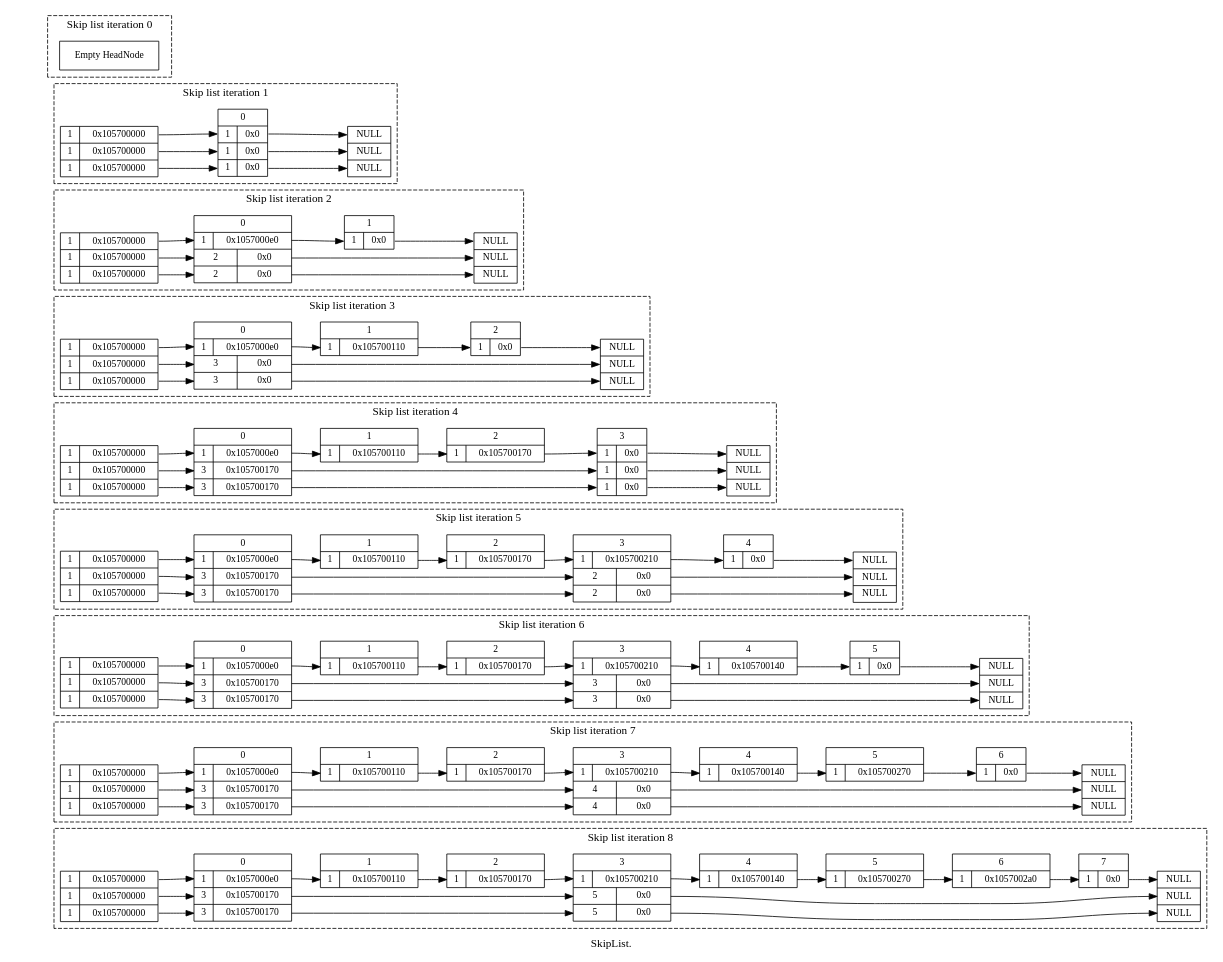
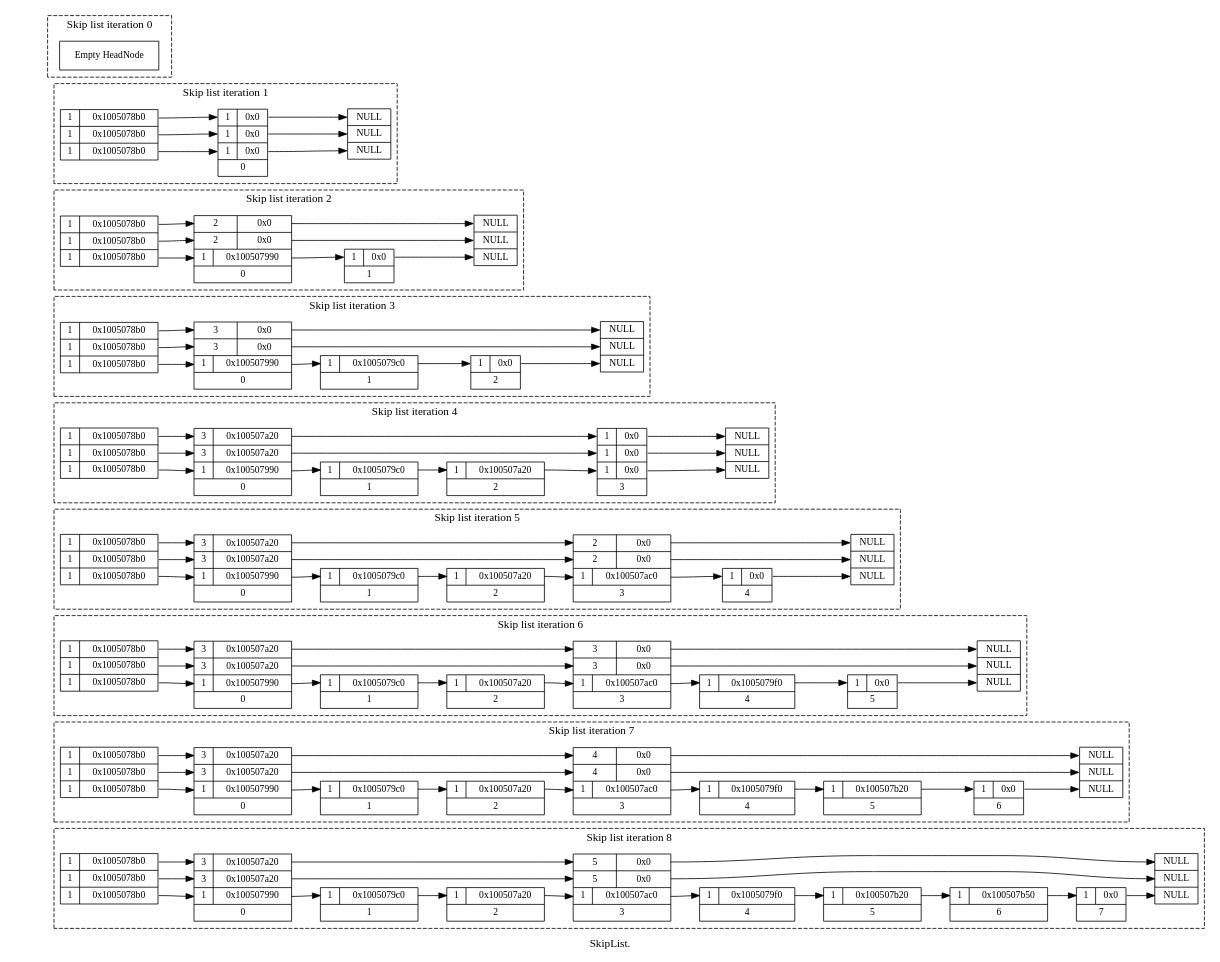
Before and after one commit to paulross/skiplist: the diagram in doc/skiplist_visualisation/dot/doc_insert_25_percent.dot, drawn with Graphviz. The commit also changed 27 other files, not shown here.

```diff
--- a/doc/skiplist_visualisation/dot/doc_insert_25_percent.dot
+++ b/doc/skiplist_visualisation/dot/doc_insert_25_percent.dot
@@ -8,320 +8,347 @@
 subgraph cluster0 {
 style=dashed
 label="Skip list iteration 0"
+
 "HeadNode0" [
 label = "Empty HeadNode"
 shape = "record"
 ];
+
+
 }
 
 subgraph cluster1 {
 style=dashed
 label="Skip list iteration 1"
+
 "HeadNode1" [
-label = "{ 1 | <f0> 0x105700000} | { 1 | <f1> 0x105700000} | { 1 | <f2> 0x105700000}"
+label = "{ 1 | <f3> 0x1005078b0} | { 1 | <f2> 0x1005078b0} | { 1 | <f1> 0x1005078b0}"
 shape = "record"
 ];
-"node10x0" [label = "<w1> NULL | <w2> NULL | <w3> NULL" shape = "record"];
-"HeadNode1":f0 -> "node10x105700000":w1 [];
-"HeadNode1":f1 -> "node10x105700000":w2 [];
-"HeadNode1":f2 -> "node10x105700000":w3 [];
-"node10x105700000" [
-label = "<f0> 0 | { <w1> 1 | <f1> 0x0 } | { <w2> 1 | <f2> 0x0 } | { <w3> 1 | <f3> 0x0 }"
+"HeadNode1":f1 -> "node10x1005078b0":w1 [];
+"HeadNode1":f2 -> "node10x1005078b0":w2 [];
+"HeadNode1":f3 -> "node10x1005078b0":w3 [];
+
+"node10x1005078b0" [
+label = " { <w3> 1 | <f3> 0x0 } | { <w2> 1 | <f2> 0x0 } | { <w1> 1 | <f1> 0x0 } | <f0> 0"
 shape = "record"
 ];
-"node10x105700000":f1 -> "node10x0":w1 [];
-"node10x105700000":f2 -> "node10x0":w2 [];
-"node10x105700000":f3 -> "node10x0":w3 [];
+"node10x1005078b0":f1 -> "node10x0":w1 [];
+"node10x1005078b0":f2 -> "node10x0":w2 [];
+"node10x1005078b0":f3 -> "node10x0":w3 [];
+
+"node10x0" [label = "<w3> NULL | <w2> NULL | <w1> NULL" shape = "record"];
 }
 
 subgraph cluster2 {
 style=dashed
 label="Skip list iteration 2"
+
 "HeadNode2" [
-label = "{ 1 | <f0> 0x105700000} | { 1 | <f1> 0x105700000} | { 1 | <f2> 0x105700000}"
+label = "{ 1 | <f3> 0x1005078b0} | { 1 | <f2> 0x1005078b0} | { 1 | <f1> 0x1005078b0}"
 shape = "record"
 ];
-"node20x0" [label = "<w1> NULL | <w2> NULL | <w3> NULL" shape = "record"];
-"HeadNode2":f0 -> "node20x105700000":w1 [];
-"HeadNode2":f1 -> "node20x105700000":w2 [];
-"HeadNode2":f2 -> "node20x105700000":w3 [];
-"node20x105700000" [
-label = "<f0> 0 | { <w1> 1 | <f1> 0x1057000e0 } | { <w2> 2 | <f2> 0x0 } | { <w3> 2 | <f3> 0x0 }"
+"HeadNode2":f1 -> "node20x1005078b0":w1 [];
+"HeadNode2":f2 -> "node20x1005078b0":w2 [];
+"HeadNode2":f3 -> "node20x1005078b0":w3 [];
+
+"node20x1005078b0" [
+label = " { <w3> 2 | <f3> 0x0 } | { <w2> 2 | <f2> 0x0 } | { <w1> 1 | <f1> 0x100507990 } | <f0> 0"
 shape = "record"
 ];
-"node20x105700000":f1 -> "node20x1057000e0":w1 [];
-"node20x105700000":f2 -> "node20x0":w2 [];
-"node20x105700000":f3 -> "node20x0":w3 [];
-"node20x1057000e0" [
-label = "<f0> 1 | { <w1> 1 | <f1> 0x0 }"
+"node20x1005078b0":f1 -> "node20x100507990":w1 [];
+"node20x1005078b0":f2 -> "node20x0":w2 [];
+"node20x1005078b0":f3 -> "node20x0":w3 [];
+"node20x100507990" [
+label = " { <w1> 1 | <f1> 0x0 } | <f0> 1"
 shape = "record"
 ];
-"node20x1057000e0":f1 -> "node20x0":w1 [];
+"node20x100507990":f1 -> "node20x0":w1 [];
+
+"node20x0" [label = "<w3> NULL | <w2> NULL | <w1> NULL" shape = "record"];
 }
 
 subgraph cluster3 {
 style=dashed
 label="Skip list iteration 3"
+
 "HeadNode3" [
-label = "{ 1 | <f0> 0x105700000} | { 1 | <f1> 0x105700000} | { 1 | <f2> 0x105700000}"
+label = "{ 1 | <f3> 0x1005078b0} | { 1 | <f2> 0x1005078b0} | { 1 | <f1> 0x1005078b0}"
 shape = "record"
 ];
-"node30x0" [label = "<w1> NULL | <w2> NULL | <w3> NULL" shape = "record"];
-"HeadNode3":f0 -> "node30x105700000":w1 [];
-"HeadNode3":f1 -> "node30x105700000":w2 [];
-"HeadNode3":f2 -> "node30x105700000":w3 [];
-"node30x105700000" [
-label = "<f0> 0 | { <w1> 1 | <f1> 0x1057000e0 } | { <w2> 3 | <f2> 0x0 } | { <w3> 3 | <f3> 0x0 }"
+"HeadNode3":f1 -> "node30x1005078b0":w1 [];
+"HeadNode3":f2 -> "node30x1005078b0":w2 [];
+"HeadNode3":f3 -> "node30x1005078b0":w3 [];
+
+"node30x1005078b0" [
+label = " { <w3> 3 | <f3> 0x0 } | { <w2> 3 | <f2> 0x0 } | { <w1> 1 | <f1> 0x100507990 } | <f0> 0"
 shape = "record"
 ];
-"node30x105700000":f1 -> "node30x1057000e0":w1 [];
-"node30x105700000":f2 -> "node30x0":w2 [];
-"node30x105700000":f3 -> "node30x0":w3 [];
-"node30x1057000e0" [
-label = "<f0> 1 | { <w1> 1 | <f1> 0x105700110 }"
+"node30x1005078b0":f1 -> "node30x100507990":w1 [];
+"node30x1005078b0":f2 -> "node30x0":w2 [];
+"node30x1005078b0":f3 -> "node30x0":w3 [];
+"node30x100507990" [
+label = " { <w1> 1 | <f1> 0x1005079c0 } | <f0> 1"
 shape = "record"
 ];
-"node30x1057000e0":f1 -> "node30x105700110":w1 [];
-"node30x105700110" [
-label = "<f0> 2 | { <w1> 1 | <f1> 0x0 }"
+"node30x100507990":f1 -> "node30x1005079c0":w1 [];
+"node30x1005079c0" [
+label = " { <w1> 1 | <f1> 0x0 } | <f0> 2"
 shape = "record"
 ];
-"node30x105700110":f1 -> "node30x0":w1 [];
+"node30x1005079c0":f1 -> "node30x0":w1 [];
+
+"node30x0" [label = "<w3> NULL | <w2> NULL | <w1> NULL" shape = "record"];
 }
 
 subgraph cluster4 {
 style=dashed
 label="Skip list iteration 4"
+
 "HeadNode4" [
-label = "{ 1 | <f0> 0x105700000} | { 1 | <f1> 0x105700000} | { 1 | <f2> 0x105700000}"
+label = "{ 1 | <f3> 0x1005078b0} | { 1 | <f2> 0x1005078b0} | { 1 | <f1> 0x1005078b0}"
 shape = "record"
 ];
-"node40x0" [label = "<w1> NULL | <w2> NULL | <w3> NULL" shape = "record"];
-"HeadNode4":f0 -> "node40x105700000":w1 [];
-"HeadNode4":f1 -> "node40x105700000":w2 [];
-"HeadNode4":f2 -> "node40x105700000":w3 [];
-"node40x105700000" [
-label = "<f0> 0 | { <w1> 1 | <f1> 0x1057000e0 } | { <w2> 3 | <f2> 0x105700170 } | { <w3> 3 | <f3> 0x105700170 }"
+"HeadNode4":f1 -> "node40x1005078b0":w1 [];
+"HeadNode4":f2 -> "node40x1005078b0":w2 [];
+"HeadNode4":f3 -> "node40x1005078b0":w3 [];
+
+"node40x1005078b0" [
+label = " { <w3> 3 | <f3> 0x100507a20 } | { <w2> 3 | <f2> 0x100507a20 } | { <w1> 1 | <f1> 0x100507990 } | <f0> 0"
 shape = "record"
 ];
-"node40x105700000":f1 -> "node40x1057000e0":w1 [];
-"node40x105700000":f2 -> "node40x105700170":w2 [];
-"node40x105700000":f3 -> "node40x105700170":w3 [];
-"node40x1057000e0" [
-label = "<f0> 1 | { <w1> 1 | <f1> 0x105700110 }"
+"node40x1005078b0":f1 -> "node40x100507990":w1 [];
+"node40x1005078b0":f2 -> "node40x100507a20":w2 [];
+"node40x1005078b0":f3 -> "node40x100507a20":w3 [];
+"node40x100507990" [
+label = " { <w1> 1 | <f1> 0x1005079c0 } | <f0> 1"
 shape = "record"
 ];
-"node40x1057000e0":f1 -> "node40x105700110":w1 [];
-"node40x105700110" [
-label = "<f0> 2 | { <w1> 1 | <f1> 0x105700170 }"
+"node40x100507990":f1 -> "node40x1005079c0":w1 [];
+"node40x1005079c0" [
+label = " { <w1> 1 | <f1> 0x100507a20 } | <f0> 2"
 shape = "record"
 ];
-"node40x105700110":f1 -> "node40x105700170":w1 [];
-"node40x105700170" [
-label = "<f0> 3 | { <w1> 1 | <f1> 0x0 } | { <w2> 1 | <f2> 0x0 } | { <w3> 1 | <f3> 0x0 }"
+"node40x1005079c0":f1 -> "node40x100507a20":w1 [];
+"node40x100507a20" [
+label = " { <w3> 1 | <f3> 0x0 } | { <w2> 1 | <f2> 0x0 } | { <w1> 1 | <f1> 0x0 } | <f0> 3"
 shape = "record"
 ];
-"node40x105700170":f1 -> "node40x0":w1 [];
-"node40x105700170":f2 -> "node40x0":w2 [];
-"node40x105700170":f3 -> "node40x0":w3 [];
+"node40x100507a20":f1 -> "node40x0":w1 [];
+"node40x100507a20":f2 -> "node40x0":w2 [];
+"node40x100507a20":f3 -> "node40x0":w3 [];
+
+"node40x0" [label = "<w3> NULL | <w2> NULL | <w1> NULL" shape = "record"];
 }
 
 subgraph cluster5 {
 style=dashed
 label="Skip list iteration 5"
+
 "HeadNode5" [
-label = "{ 1 | <f0> 0x105700000} | { 1 | <f1> 0x105700000} | { 1 | <f2> 0x105700000}"
+label = "{ 1 | <f3> 0x1005078b0} | { 1 | <f2> 0x1005078b0} | { 1 | <f1> 0x1005078b0}"
 shape = "record"
 ];
-"node50x0" [label = "<w1> NULL | <w2> NULL | <w3> NULL" shape = "record"];
-"HeadNode5":f0 -> "node50x105700000":w1 [];
-"HeadNode5":f1 -> "node50x105700000":w2 [];
-"HeadNode5":f2 -> "node50x105700000":w3 [];
-"node50x105700000" [
-label = "<f0> 0 | { <w1> 1 | <f1> 0x1057000e0 } | { <w2> 3 | <f2> 0x105700170 } | { <w3> 3 | <f3> 0x105700170 }"
+"HeadNode5":f1 -> "node50x1005078b0":w1 [];
+"HeadNode5":f2 -> "node50x1005078b0":w2 [];
+"HeadNode5":f3 -> "node50x1005078b0":w3 [];
+
+"node50x1005078b0" [
+label = " { <w3> 3 | <f3> 0x100507a20 } | { <w2> 3 | <f2> 0x100507a20 } | { <w1> 1 | <f1> 0x100507990 } | <f0> 0"
 shape = "record"
 ];
-"node50x105700000":f1 -> "node50x1057000e0":w1 [];
-"node50x105700000":f2 -> "node50x105700170":w2 [];
-"node50x105700000":f3 -> "node50x105700170":w3 [];
-"node50x1057000e0" [
-label = "<f0> 1 | { <w1> 1 | <f1> 0x105700110 }"
+"node50x1005078b0":f1 -> "node50x100507990":w1 [];
+"node50x1005078b0":f2 -> "node50x100507a20":w2 [];
+"node50x1005078b0":f3 -> "node50x100507a20":w3 [];
+"node50x100507990" [
+label = " { <w1> 1 | <f1> 0x1005079c0 } | <f0> 1"
 shape = "record"
 ];
-"node50x1057000e0":f1 -> "node50x105700110":w1 [];
-"node50x105700110" [
-label = "<f0> 2 | { <w1> 1 | <f1> 0x105700170 }"
+"node50x100507990":f1 -> "node50x1005079c0":w1 [];
+"node50x1005079c0" [
+label = " { <w1> 1 | <f1> 0x100507a20 } | <f0> 2"
 shape = "record"
 ];
-"node50x105700110":f1 -> "node50x105700170":w1 [];
-"node50x105700170" [
-label = "<f0> 3 | { <w1> 1 | <f1> 0x105700210 } | { <w2> 2 | <f2> 0x0 } | { <w3> 2 | <f3> 0x0 }"
+"node50x1005079c0":f1 -> "node50x100507a20":w1 [];
+"node50x100507a20" [
+label = " { <w3> 2 | <f3> 0x0 } | { <w2> 2 | <f2> 0x0 } | { <w1> 1 | <f1> 0x100507ac0 } | <f0> 3"
 shape = "record"
 ];
-"node50x105700170":f1 -> "node50x105700210":w1 [];
-"node50x105700170":f2 -> "node50x0":w2 [];
-"node50x105700170":f3 -> "node50x0":w3 [];
-"node50x105700210" [
-label = "<f0> 4 | { <w1> 1 | <f1> 0x0 }"
+"node50x100507a20":f1 -> "node50x100507ac0":w1 [];
+"node50x100507a20":f2 -> "node50x0":w2 [];
+"node50x100507a20":f3 -> "node50x0":w3 [];
+"node50x100507ac0" [
+label = " { <w1> 1 | <f1> 0x0 } | <f0> 4"
 shape = "record"
 ];
-"node50x105700210":f1 -> "node50x0":w1 [];
+"node50x100507ac0":f1 -> "node50x0":w1 [];
+
+"node50x0" [label = "<w3> NULL | <w2> NULL | <w1> NULL" shape = "record"];
 }
 
 subgraph cluster6 {
 style=dashed
 label="Skip list iteration 6"
+
 "HeadNode6" [
-label = "{ 1 | <f0> 0x105700000} | { 1 | <f1> 0x105700000} | { 1 | <f2> 0x105700000}"
+label = "{ 1 | <f3> 0x1005078b0} | { 1 | <f2> 0x1005078b0} | { 1 | <f1> 0x1005078b0}"
 shape = "record"
 ];
-"node60x0" [label = "<w1> NULL | <w2> NULL | <w3> NULL" shape = "record"];
-"HeadNode6":f0 -> "node60x105700000":w1 [];
-"HeadNode6":f1 -> "node60x105700000":w2 [];
-"HeadNode6":f2 -> "node60x105700000":w3 [];
-"node60x105700000" [
-label = "<f0> 0 | { <w1> 1 | <f1> 0x1057000e0 } | { <w2> 3 | <f2> 0x105700170 } | { <w3> 3 | <f3> 0x105700170 }"
+"HeadNode6":f1 -> "node60x1005078b0":w1 [];
+"HeadNode6":f2 -> "node60x1005078b0":w2 [];
+"HeadNode6":f3 -> "node60x1005078b0":w3 [];
+
+"node60x1005078b0" [
+label = " { <w3> 3 | <f3> 0x100507a20 } | { <w2> 3 | <f2> 0x100507a20 } | { <w1> 1 | <f1> 0x100507990 } | <f0> 0"
 shape = "record"
 ];
-"node60x105700000":f1 -> "node60x1057000e0":w1 [];
-"node60x105700000":f2 -> "node60x105700170":w2 [];
-"node60x105700000":f3 -> "node60x105700170":w3 [];
-"node60x1057000e0" [
-label = "<f0> 1 | { <w1> 1 | <f1> 0x105700110 }"
+"node60x1005078b0":f1 -> "node60x100507990":w1 [];
+"node60x1005078b0":f2 -> "node60x100507a20":w2 [];
+"node60x1005078b0":f3 -> "node60x100507a20":w3 [];
+"node60x100507990" [
+label = " { <w1> 1 | <f1> 0x1005079c0 } | <f0> 1"
 shape = "record"
 ];
-"node60x1057000e0":f1 -> "node60x105700110":w1 [];
-"node60x105700110" [
-label = "<f0> 2 | { <w1> 1 | <f1> 0x105700170 }"
+"node60x100507990":f1 -> "node60x1005079c0":w1 [];
+"node60x1005079c0" [
+label = " { <w1> 1 | <f1> 0x100507a20 } | <f0> 2"
 shape = "record"
 ];
-"node60x105700110":f1 -> "node60x105700170":w1 [];
-"node60x105700170" [
-label = "<f0> 3 | { <w1> 1 | <f1> 0x105700210 } | { <w2> 3 | <f2> 0x0 } | { <w3> 3 | <f3> 0x0 }"
+"node60x1005079c0":f1 -> "node60x100507a20":w1 [];
+"node60x100507a20" [
+label = " { <w3> 3 | <f3> 0x0 } | { <w2> 3 | <f2> 0x0 } | { <w1> 1 | <f1> 0x100507ac0 } | <f0> 3"
 shape = "record"
 ];
-"node60x105700170":f1 -> "node60x105700210":w1 [];
-"node60x105700170":f2 -> "node60x0":w2 [];
-"node60x105700170":f3 -> "node60x0":w3 [];
-"node60x105700210" [
-label = "<f0> 4 | { <w1> 1 | <f1> 0x105700140 }"
+"node60x100507a20":f1 -> "node60x100507ac0":w1 [];
+"node60x100507a20":f2 -> "node60x0":w2 [];
+"node60x100507a20":f3 -> "node60x0":w3 [];
+"node60x100507ac0" [
+label = " { <w1> 1 | <f1> 0x1005079f0 } | <f0> 4"
 shape = "record"
 ];
-"node60x105700210":f1 -> "node60x105700140":w1 [];
-"node60x105700140" [
-label = "<f0> 5 | { <w1> 1 | <f1> 0x0 }"
+"node60x100507ac0":f1 -> "node60x1005079f0":w1 [];
+"node60x1005079f0" [
+label = " { <w1> 1 | <f1> 0x0 } | <f0> 5"
 shape = "record"
 ];
-"node60x105700140":f1 -> "node60x0":w1 [];
+"node60x1005079f0":f1 -> "node60x0":w1 [];
+
+"node60x0" [label = "<w3> NULL | <w2> NULL | <w1> NULL" shape = "record"];
 }
 
 subgraph cluster7 {
 style=dashed
 label="Skip list iteration 7"
+
 "HeadNode7" [
-label = "{ 1 | <f0> 0x105700000} | { 1 | <f1> 0x105700000} | { 1 | <f2> 0x105700000}"
+label = "{ 1 | <f3> 0x1005078b0} | { 1 | <f2> 0x1005078b0} | { 1 | <f1> 0x1005078b0}"
 shape = "record"
 ];
-"node70x0" [label = "<w1> NULL | <w2> NULL | <w3> NULL" shape = "record"];
-"HeadNode7":f0 -> "node70x105700000":w1 [];
-"HeadNode7":f1 -> "node70x105700000":w2 [];
-"HeadNode7":f2 -> "node70x105700000":w3 [];
-"node70x105700000" [
-label = "<f0> 0 | { <w1> 1 | <f1> 0x1057000e0 } | { <w2> 3 | <f2> 0x105700170 } | { <w3> 3 | <f3> 0x105700170 }"
+"HeadNode7":f1 -> "node70x1005078b0":w1 [];
+"HeadNode7":f2 -> "node70x1005078b0":w2 [];
+"HeadNode7":f3 -> "node70x1005078b0":w3 [];
+
+"node70x1005078b0" [
+label = " { <w3> 3 | <f3> 0x100507a20 } | { <w2> 3 | <f2> 0x100507a20 } | { <w1> 1 | <f1> 0x100507990 } | <f0> 0"
 shape = "record"
 ];
-"node70x105700000":f1 -> "node70x1057000e0":w1 [];
-"node70x105700000":f2 -> "node70x105700170":w2 [];
-"node70x105700000":f3 -> "node70x105700170":w3 [];
-"node70x1057000e0" [
-label = "<f0> 1 | { <w1> 1 | <f1> 0x105700110 }"
+"node70x1005078b0":f1 -> "node70x100507990":w1 [];
+"node70x1005078b0":f2 -> "node70x100507a20":w2 [];
+"node70x1005078b0":f3 -> "node70x100507a20":w3 [];
+"node70x100507990" [
+label = " { <w1> 1 | <f1> 0x1005079c0 } | <f0> 1"
 shape = "record"
 ];
-"node70x1057000e0":f1 -> "node70x105700110":w1 [];
-"node70x105700110" [
-label = "<f0> 2 | { <w1> 1 | <f1> 0x105700170 }"
+"node70x100507990":f1 -> "node70x1005079c0":w1 [];
+"node70x1005079c0" [
+label = " { <w1> 1 | <f1> 0x100507a20 } | <f0> 2"
 shape = "record"
 ];
-"node70x105700110":f1 -> "node70x105700170":w1 [];
-"node70x105700170" [
-label = "<f0> 3 | { <w1> 1 | <f1> 0x105700210 } | { <w2> 4 | <f2> 0x0 } | { <w3> 4 | <f3> 0x0 }"
+"node70x1005079c0":f1 -> "node70x100507a20":w1 [];
+"node70x100507a20" [
+label = " { <w3> 4 | <f3> 0x0 } | { <w2> 4 | <f2> 0x0 } | { <w1> 1 | <f1> 0x100507ac0 } | <f0> 3"
 shape = "record"
 ];
-"node70x105700170":f1 -> "node70x105700210":w1 [];
-"node70x105700170":f2 -> "node70x0":w2 [];
-"node70x105700170":f3 -> "node70x0":w3 [];
-"node70x105700210" [
-label = "<f0> 4 | { <w1> 1 | <f1> 0x105700140 }"
+"node70x100507a20":f1 -> "node70x100507ac0":w1 [];
+"node70x100507a20":f2 -> "node70x0":w2 [];
+"node70x100507a20":f3 -> "node70x0":w3 [];
+"node70x100507ac0" [
+label = " { <w1> 1 | <f1> 0x1005079f0 } | <f0> 4"
 shape = "record"
 ];
-"node70x105700210":f1 -> "node70x105700140":w1 [];
-"node70x105700140" [
-label = "<f0> 5 | { <w1> 1 | <f1> 0x105700270 }"
+"node70x100507ac0":f1 -> "node70x1005079f0":w1 [];
+"node70x1005079f0" [
+label = " { <w1> 1 | <f1> 0x100507b20 } | <f0> 5"
 shape = "record"
 ];
-"node70x105700140":f1 -> "node70x105700270":w1 [];
-"node70x105700270" [
-label = "<f0> 6 | { <w1> 1 | <f1> 0x0 }"
+"node70x1005079f0":f1 -> "node70x100507b20":w1 [];
+"node70x100507b20" [
+label = " { <w1> 1 | <f1> 0x0 } | <f0> 6"
 shape = "record"
 ];
-"node70x105700270":f1 -> "node70x0":w1 [];
+"node70x100507b20":f1 -> "node70x0":w1 [];
+
+"node70x0" [label = "<w3> NULL | <w2> NULL | <w1> NULL" shape = "record"];
 }
 
 subgraph cluster8 {
 style=dashed
 label="Skip list iteration 8"
+
 "HeadNode8" [
-label = "{ 1 | <f0> 0x105700000} | { 1 | <f1> 0x105700000} | { 1 | <f2> 0x105700000}"
+label = "{ 1 | <f3> 0x1005078b0} | { 1 | <f2> 0x1005078b0} | { 1 | <f1> 0x1005078b0}"
 shape = "record"
 ];
-"node80x0" [label = "<w1> NULL | <w2> NULL | <w3> NULL" shape = "record"];
-"HeadNode8":f0 -> "node80x105700000":w1 [];
-"HeadNode8":f1 -> "node80x105700000":w2 [];
-"HeadNode8":f2 -> "node80x105700000":w3 [];
-"node80x105700000" [
-label = "<f0> 0 | { <w1> 1 | <f1> 0x1057000e0 } | { <w2> 3 | <f2> 0x105700170 } | { <w3> 3 | <f3> 0x105700170 }"
+"HeadNode8":f1 -> "node80x1005078b0":w1 [];
+"HeadNode8":f2 -> "node80x1005078b0":w2 [];
+"HeadNode8":f3 -> "node80x1005078b0":w3 [];
+
+"node80x1005078b0" [
+label = " { <w3> 3 | <f3> 0x100507a20 } | { <w2> 3 | <f2> 0x100507a20 } | { <w1> 1 | <f1> 0x100507990 } | <f0> 0"
 shape = "record"
 ];
-"node80x105700000":f1 -> "node80x1057000e0":w1 [];
-"node80x105700000":f2 -> "node80x105700170":w2 [];
-"node80x105700000":f3 -> "node80x105700170":w3 [];
-"node80x1057000e0" [
-label = "<f0> 1 | { <w1> 1 | <f1> 0x105700110 }"
+"node80x1005078b0":f1 -> "node80x100507990":w1 [];
+"node80x1005078b0":f2 -> "node80x100507a20":w2 [];
+"node80x1005078b0":f3 -> "node80x100507a20":w3 [];
+"node80x100507990" [
+label = " { <w1> 1 | <f1> 0x1005079c0 } | <f0> 1"
 shape = "record"
 ];
-"node80x1057000e0":f1 -> "node80x105700110":w1 [];
-"node80x105700110" [
-label = "<f0> 2 | { <w1> 1 | <f1> 0x105700170 }"
+"node80x100507990":f1 -> "node80x1005079c0":w1 [];
+"node80x1005079c0" [
+label = " { <w1> 1 | <f1> 0x100507a20 } | <f0> 2"
 shape = "record"
 ];
-"node80x105700110":f1 -> "node80x105700170":w1 [];
-"node80x105700170" [
-label = "<f0> 3 | { <w1> 1 | <f1> 0x105700210 } | { <w2> 5 | <f2> 0x0 } | { <w3> 5 | <f3> 0x0 }"
+"node80x1005079c0":f1 -> "node80x100507a20":w1 [];
+"node80x100507a20" [
+label = " { <w3> 5 | <f3> 0x0 } | { <w2> 5 | <f2> 0x0 } | { <w1> 1 | <f1> 0x100507ac0 } | <f0> 3"
 shape = "record"
 ];
-"node80x105700170":f1 -> "node80x105700210":w1 [];
-"node80x105700170":f2 -> "node80x0":w2 [];
-"node80x105700170":f3 -> "node80x0":w3 [];
-"node80x105700210" [
-label = "<f0> 4 | { <w1> 1 | <f1> 0x105700140 }"
+"node80x100507a20":f1 -> "node80x100507ac0":w1 [];
+"node80x100507a20":f2 -> "node80x0":w2 [];
+"node80x100507a20":f3 -> "node80x0":w3 [];
+"node80x100507ac0" [
+label = " { <w1> 1 | <f1> 0x1005079f0 } | <f0> 4"
 shape = "record"
 ];
-"node80x105700210":f1 -> "node80x105700140":w1 [];
-"node80x105700140" [
-label = "<f0> 5 | { <w1> 1 | <f1> 0x105700270 }"
+"node80x100507ac0":f1 -> "node80x1005079f0":w1 [];
+"node80x1005079f0" [
+label = " { <w1> 1 | <f1> 0x100507b20 } | <f0> 5"
 shape = "record"
 ];
-"node80x105700140":f1 -> "node80x105700270":w1 [];
-"node80x105700270" [
-label = "<f0> 6 | { <w1> 1 | <f1> 0x1057002a0 }"
+"node80x1005079f0":f1 -> "node80x100507b20":w1 [];
+"node80x100507b20" [
+label = " { <w1> 1 | <f1> 0x100507b50 } | <f0> 6"
 shape = "record"
 ];
-"node80x105700270":f1 -> "node80x1057002a0":w1 [];
-"node80x1057002a0" [
-label = "<f0> 7 | { <w1> 1 | <f1> 0x0 }"
+"node80x100507b20":f1 -> "node80x100507b50":w1 [];
+"node80x100507b50" [
+label = " { <w1> 1 | <f1> 0x0 } | <f0> 7"
 shape = "record"
 ];
-"node80x1057002a0":f1 -> "node80x0":w1 [];
+"node80x100507b50":f1 -> "node80x0":w1 [];
+
+"node80x0" [label = "<w3> NULL | <w2> NULL | <w1> NULL" shape = "record"];
 }
 
 node0 [shape=record, label = "<f0> | <f1> | <f2> | <f3> | <f4> | <f5> | <f6> | <f7> | <f8> | ", style=invis, width=0.01];
```
